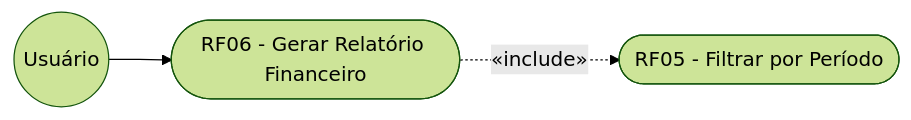
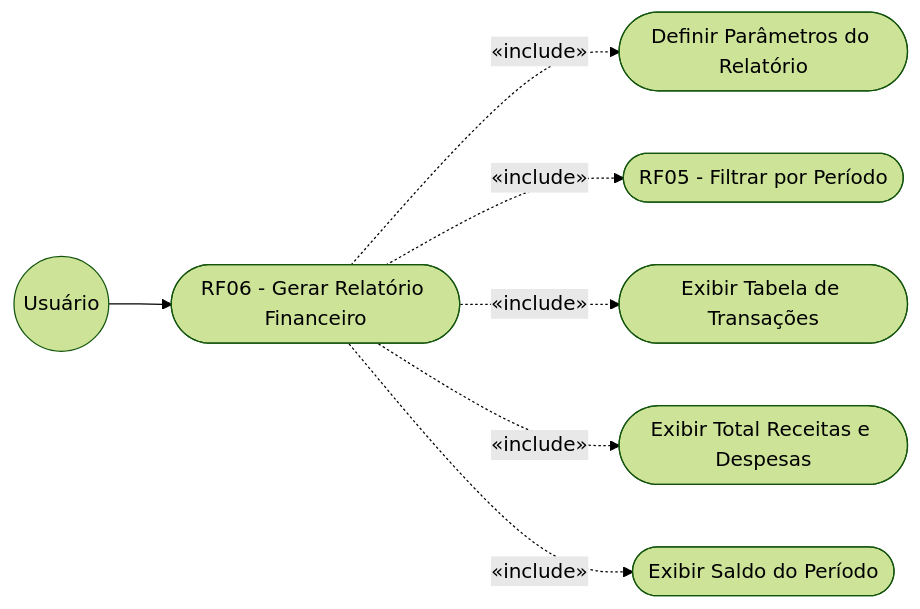
Before and after one commit to NEXA-project-br/NEXA: the sixth of 8 diagrams in relacionamento/dcu.md, drawn with Mermaid (forest theme). The commit also changed other lines of this file, not shown here.

````diff
--- a/relacionamento/dcu.md
+++ b/relacionamento/dcu.md
@@ -75,9 +136,18 @@
 ```mermaid
 graph LR
   U((Usuário))
+
   RF06([RF06 - Gerar Relatório Financeiro])
   RF05([RF05 - Filtrar por Período])
+  A1([Definir Parâmetros do Relatório])
+  A2([Exibir Tabela de Transações])
+  A3([Exibir Total Receitas e Despesas])
+  A4([Exibir Saldo do Período])
 
   U --> RF06
+  RF06 -.->|«include»| A1
   RF06 -.->|«include»| RF05
+  RF06 -.->|«include»| A2
+  RF06 -.->|«include»| A3
+  RF06 -.->|«include»| A4
 ```
````
